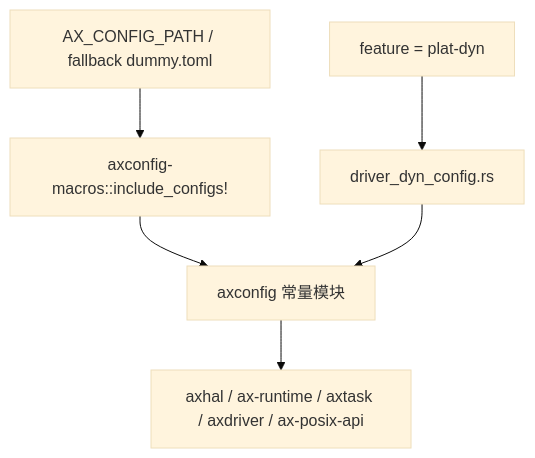
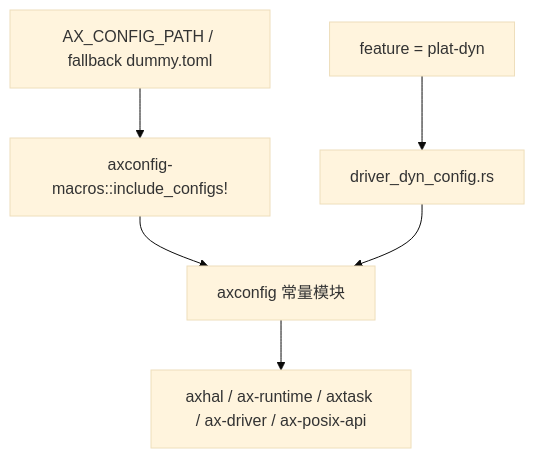
The first of 2 diagrams in docs/crates/axconfig.md (zKurisu/tgoskits), drawn with Mermaid (base theme) before and after one commit. The commit also changed other lines of this file and 73 other files, not shown here.

Commit message:
rename axdriver to ax-driver

````diff
--- a/docs/crates/axconfig.md
+++ b/docs/crates/axconfig.md
@@ -25,10 +25,10 @@
 ```mermaid
 flowchart TD
     A["AX_CONFIG_PATH / fallback dummy.toml"] --> B["axconfig-macros::include_configs!"]
     B --> C["axconfig 常量模块"]
 
     D["feature = plat-dyn"] --> E["driver_dyn_config.rs"]
     E --> C
 
-    C --> F["axhal / ax-runtime / axtask / axdriver / ax-posix-api"]
+    C --> F["axhal / ax-runtime / axtask / ax-driver / ax-posix-api"]
 ```
````
